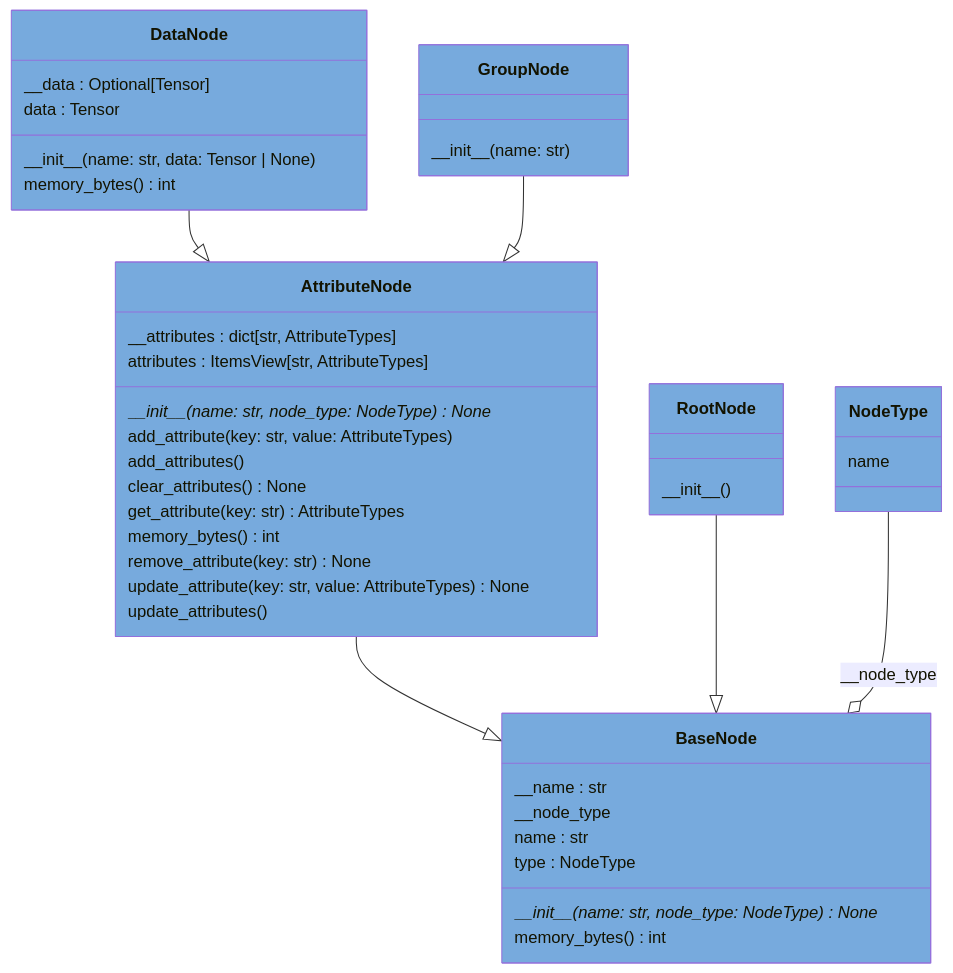
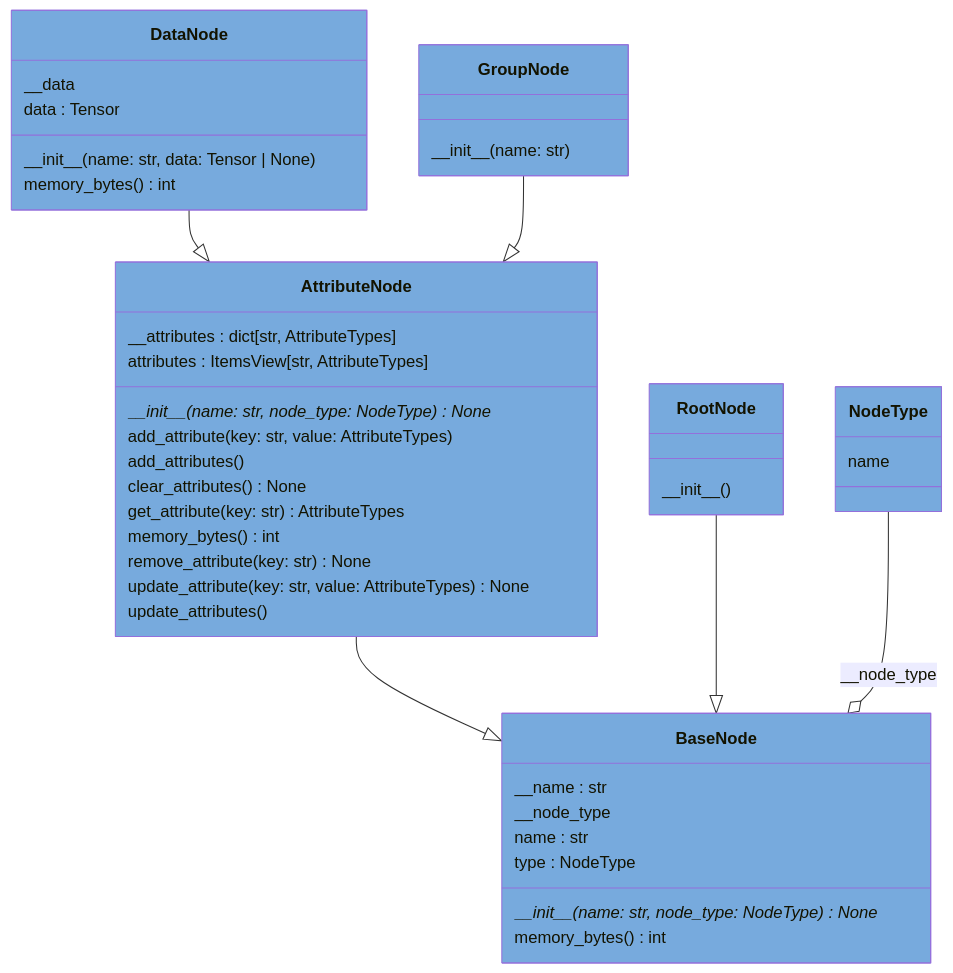
Before and after one commit to voidsy-gmbh/pyThermoNDT: the diagram in docs/pyreverse/mermaid/classes_Node_Hierarchy.mmd, drawn with Mermaid. The commit also changed 15 other files, not shown here.

Commit message:
Update mermaid diagrams (#224)

```diff
--- a/docs/pyreverse/mermaid/classes_Node_Hierarchy.mmd
+++ b/docs/pyreverse/mermaid/classes_Node_Hierarchy.mmd
@@ -1,48 +1,48 @@
 classDiagram
   class AttributeNode {
     \_\_attributes : dict[str, AttributeTypes]
     attributes : ItemsView[str, AttributeTypes]
     \_\_init\_\_(name: str, node_type: NodeType)* None
     add_attribute(key: str, value: AttributeTypes)
     add_attributes()
     clear_attributes() None
     get_attribute(key: str) AttributeTypes
     memory_bytes() int
     remove_attribute(key: str) None
     update_attribute(key: str, value: AttributeTypes) None
     update_attributes()
   }
   style AttributeNode fill:#77AADD
   class BaseNode {
     \_\_name : str
     \_\_node_type
     name : str
     type : NodeType
     \_\_init\_\_(name: str, node_type: NodeType)* None
     memory_bytes() int
   }
   style BaseNode fill:#77AADD
   class DataNode {
-    \_\_data : Optional[Tensor]
+    \_\_data
     data : Tensor
     \_\_init\_\_(name: str, data: Tensor | None)
     memory_bytes() int
   }
   style DataNode fill:#77AADD
   class GroupNode {
     \_\_init\_\_(name: str)
   }
   style GroupNode fill:#77AADD
   class NodeType {
     name
   }
   style NodeType fill:#77AADD
   class RootNode {
     \_\_init\_\_()
   }
   style RootNode fill:#77AADD
   AttributeNode --|> BaseNode
   DataNode --|> AttributeNode
   GroupNode --|> AttributeNode
   RootNode --|> BaseNode
   NodeType --o BaseNode : \_\_node_type
```
